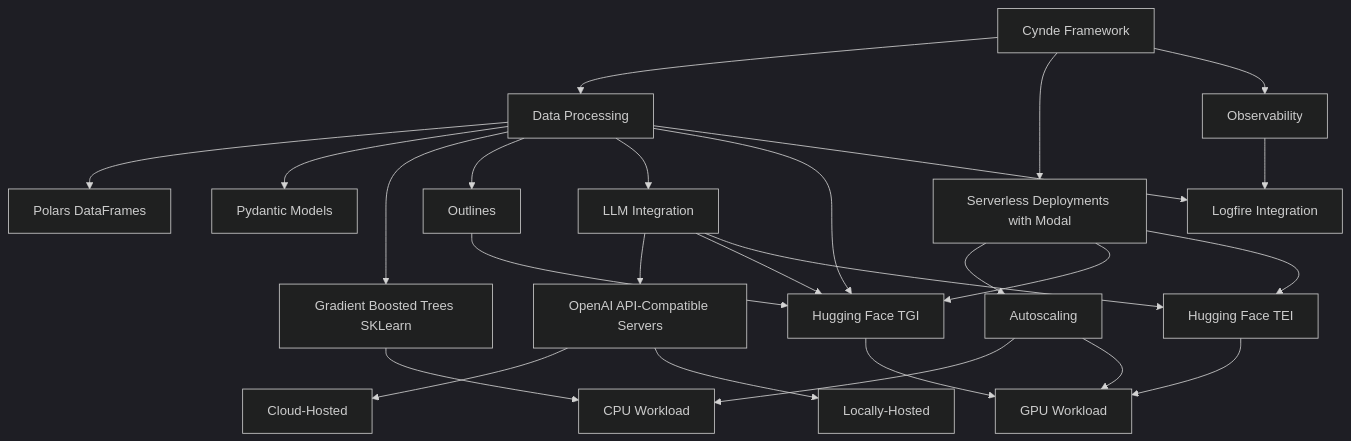
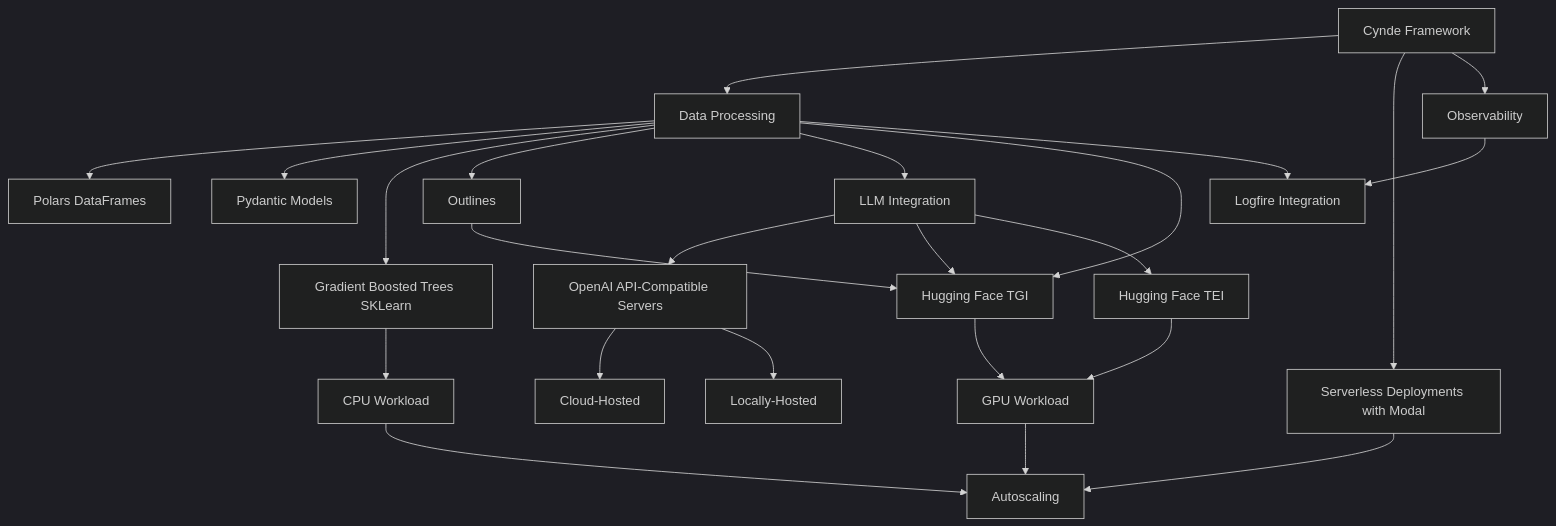
Before and after one commit to Neural-Dragon-AI/Cynde: the diagram in drawings.md, drawn with Mermaid (dark theme).

````diff
--- a/drawings.md
+++ b/drawings.md
@@ -3,32 +3,30 @@
 ```mermaid
 graph TD
     A[Cynde Framework] --> B[Data Processing]
     B --> C[Polars DataFrames]
     B --> D[Pydantic Models]
     B --> E[Gradient Boosted Trees SKLearn]
     B --> Ot[Outlines]
     A --> P[Serverless Deployments with Modal]
 
     P --> F[Autoscaling]
-    F --> G[CPU Workload]
+    G[CPU Workload] --> F
     E --> G
-    F --> M[GPU Workload]
+   M[GPU Workload] --> F
 
     B --> H[LLM Integration]
     H --> I[OpenAI API-Compatible Servers]
     I --> J[Cloud-Hosted]
     I --> K[Locally-Hosted]
     H --> N[Hugging Face TGI]
     Ot --> N
     B --> N
     H --> O[Hugging Face TEI]
-    P --> N
-    P --> O
     N --> M
     O --> M
 
 
     A --> Y[Observability]
     Y --> Z[Logfire Integration]
     B --> Z
 ```
````
